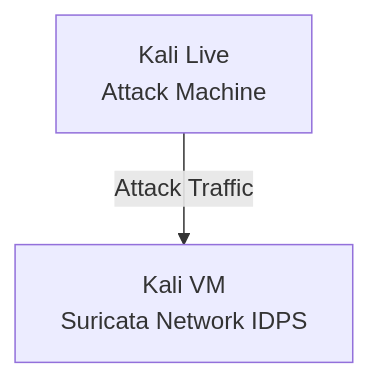
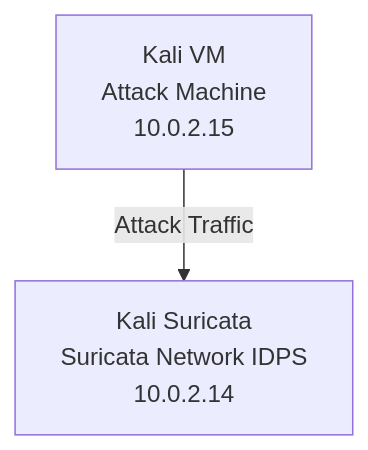
Before and after one commit to kubawp/Document-IDPS-Suricata: the diagram in README.md, drawn with Mermaid. The commit also changed other lines of this file, not shown here.

````diff
--- a/README.md
+++ b/README.md
@@ -20,7 +20,7 @@
 ```mermaid
 flowchart TD
-    A[Kali Live<br>Attack Machine]
-    B[Kali VM<br>Suricata Network IDPS]
+    A[Kali VM<br>Attack Machine<br>10.0.2.15]
+    B[Kali Suricata<br>Suricata Network IDPS<br>10.0.2.14]
 
     A -->|Attack Traffic| B
 ```
````
